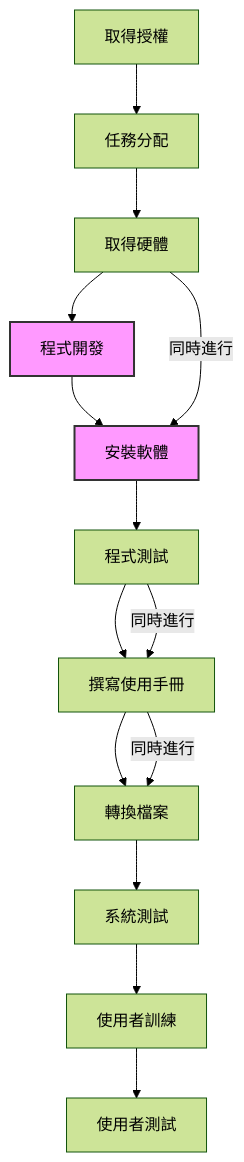
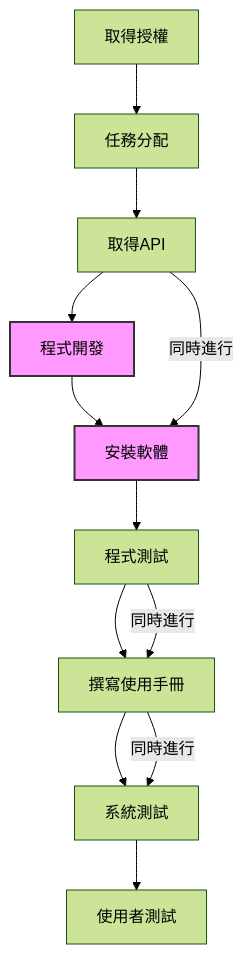
Before and after one commit to koreanfish1450/AI-answer-correction: the second of 3 diagrams in 系統分析/team_HW2/HW.md, drawn with Mermaid (forest theme). The commit also changed other lines of this file, not shown here.

````diff
--- a/系統分析/team_HW2/HW.md
+++ b/系統分析/team_HW2/HW.md
@@ -23,22 +21,20 @@
 ```mermaid
 graph TD
     A[取得授權] --> B[任務分配]
-    B --> C[取得硬體]
+    B --> C[取得API]
     C --> D[程式開發]
     D --> E[安裝軟體]
     E --> F[程式測試]
     F --> G[撰寫使用手冊]
-    G --> H[轉換檔案]
-    H --> I[系統測試]
-    I --> J[使用者訓練]
-    J --> K[使用者測試]
+    G --> H[系統測試]
+    H --> I[使用者測試]
 
     style D fill:#f9f,stroke:#333,stroke-width:2px
     style E fill:#f9f,stroke:#333,stroke-width:2px
 
     C -->|同時進行| E
     G -->|同時進行| H
     F -->|同時進行| G
 
 
 ```
````
